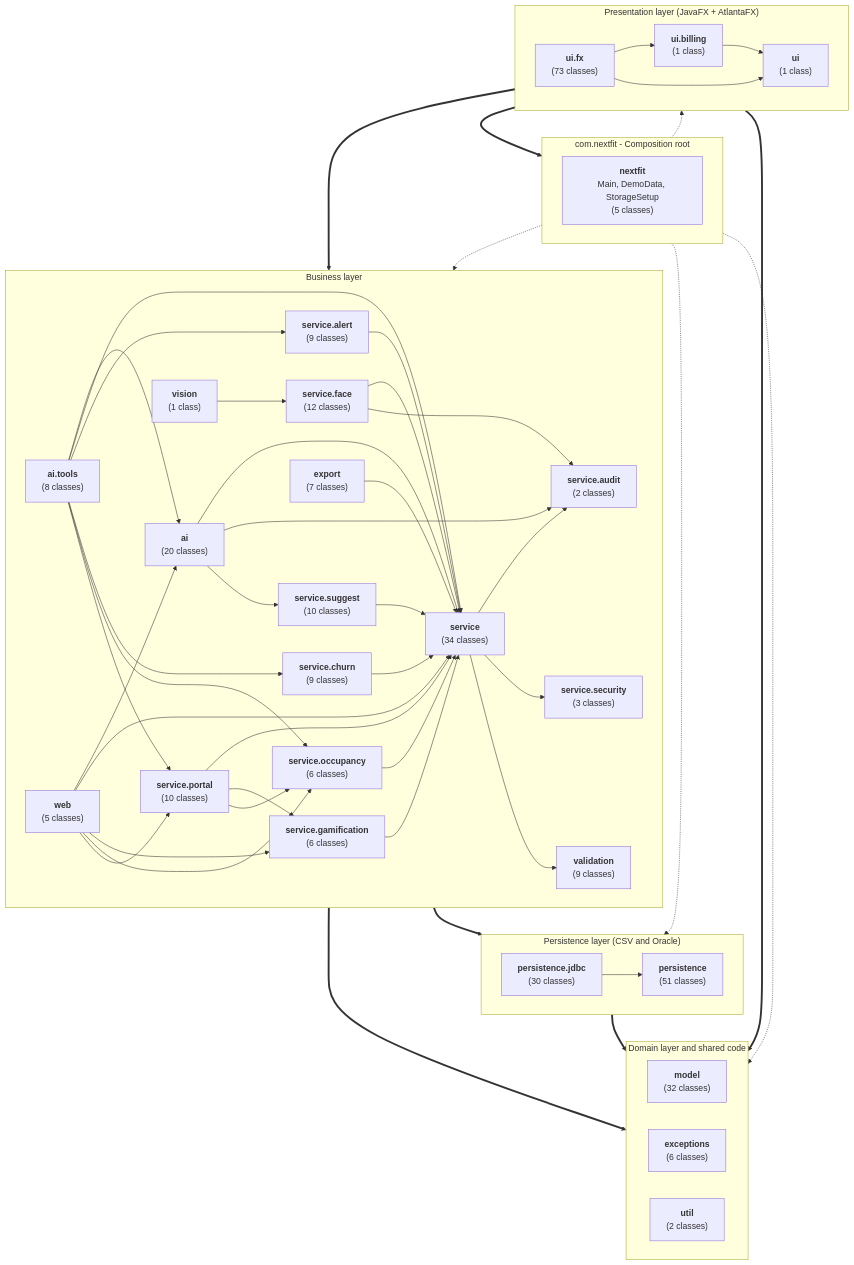
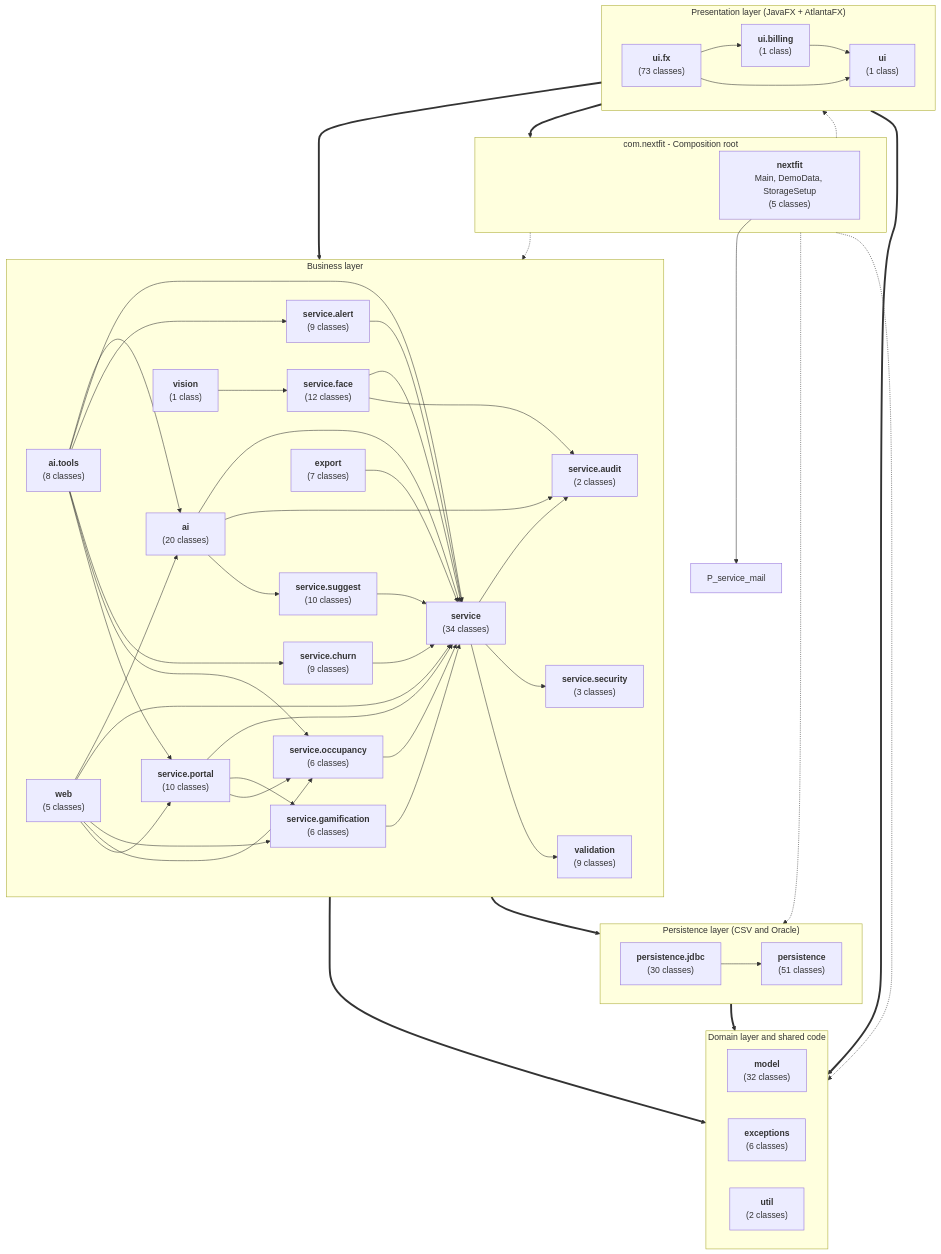
Before and after one commit to Deliner2501/NextFit: the diagram in docs/layers-diagram.md, drawn with Mermaid. The commit also changed 4 other files, not shown here.

````diff
--- a/docs/layers-diagram.md
+++ b/docs/layers-diagram.md
@@ -9,81 +9,82 @@
 ```mermaid
 graph TD
     subgraph ROOT["com.nextfit - Composition root"]
         P__root_["<b>nextfit</b><br/>Main, DemoData, StorageSetup<br/>(5 classes)"]
     end
     subgraph PRES["Presentation layer (JavaFX + AtlantaFX)"]
         P_ui["<b>ui</b><br/>(1 class)"]
         P_ui_billing["<b>ui.billing</b><br/>(1 class)"]
         P_ui_fx["<b>ui.fx</b><br/>(73 classes)"]
     end
     subgraph BUS["Business layer"]
         P_service["<b>service</b><br/>(34 classes)"]
         P_service_alert["<b>service.alert</b><br/>(9 classes)"]
         P_service_audit["<b>service.audit</b><br/>(2 classes)"]
         P_service_churn["<b>service.churn</b><br/>(9 classes)"]
         P_service_face["<b>service.face</b><br/>(12 classes)"]
         P_service_gamification["<b>service.gamification</b><br/>(6 classes)"]
         P_service_occupancy["<b>service.occupancy</b><br/>(6 classes)"]
         P_service_portal["<b>service.portal</b><br/>(10 classes)"]
         P_service_security["<b>service.security</b><br/>(3 classes)"]
         P_service_suggest["<b>service.suggest</b><br/>(10 classes)"]
         P_validation["<b>validation</b><br/>(9 classes)"]
         P_export["<b>export</b><br/>(7 classes)"]
         P_ai["<b>ai</b><br/>(20 classes)"]
         P_ai_tools["<b>ai.tools</b><br/>(8 classes)"]
         P_web["<b>web</b><br/>(5 classes)"]
         P_vision["<b>vision</b><br/>(1 class)"]
     end
     subgraph DATA["Persistence layer (CSV and Oracle)"]
         P_persistence["<b>persistence</b><br/>(51 classes)"]
         P_persistence_jdbc["<b>persistence.jdbc</b><br/>(30 classes)"]
     end
     subgraph DOM["Domain layer and shared code"]
         P_model["<b>model</b><br/>(32 classes)"]
         P_exceptions["<b>exceptions</b><br/>(6 classes)"]
         P_util["<b>util</b><br/>(2 classes)"]
     end
+    P__root_ --> P_service_mail
     P_ai --> P_service
     P_ai --> P_service_audit
     P_ai --> P_service_suggest
     P_ai_tools --> P_ai
     P_ai_tools --> P_service
     P_ai_tools --> P_service_alert
     P_ai_tools --> P_service_churn
     P_ai_tools --> P_service_occupancy
     P_ai_tools --> P_service_portal
     P_export --> P_service
     P_persistence_jdbc --> P_persistence
     P_service --> P_service_audit
     P_service --> P_service_security
     P_service --> P_validation
     P_service_alert --> P_service
     P_service_churn --> P_service
     P_service_face --> P_service
     P_service_face --> P_service_audit
     P_service_gamification --> P_service
     P_service_occupancy --> P_service
     P_service_portal --> P_service
     P_service_portal --> P_service_gamification
     P_service_portal --> P_service_occupancy
     P_service_suggest --> P_service
     P_ui_billing --> P_ui
     P_ui_fx --> P_ui
     P_ui_fx --> P_ui_billing
     P_vision --> P_service_face
     P_web --> P_ai
     P_web --> P_service
     P_web --> P_service_gamification
     P_web --> P_service_occupancy
     P_web --> P_service_portal
     BUS ==> DATA
     BUS ==> DOM
     DATA ==> DOM
     PRES ==> BUS
     PRES ==> DOM
     PRES ==> ROOT
     ROOT -.-> PRES
     ROOT -.-> BUS
     ROOT -.-> DATA
     ROOT -.-> DOM
 ```
````
